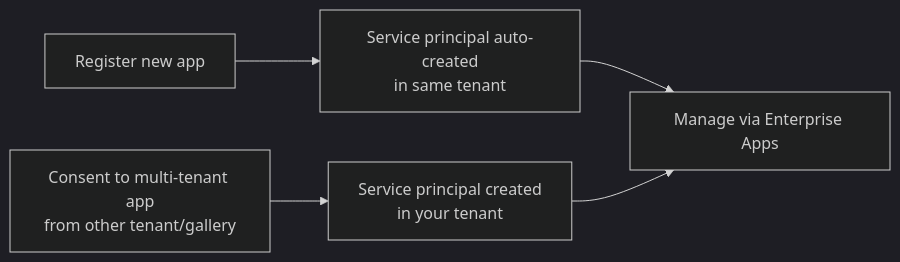
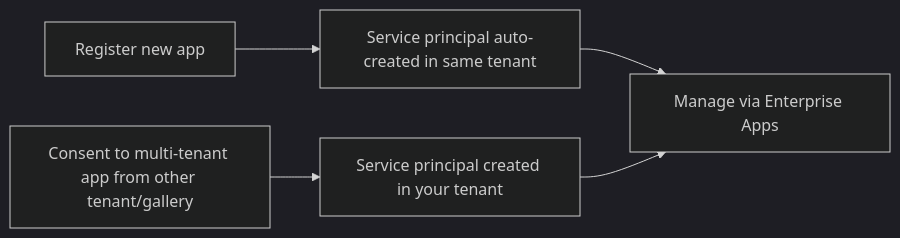
Before and after one commit to shashankdkte/under: diagram 11 of 15 in identity.md, drawn with Mermaid (dark theme). The commit also changed other lines of this file, not shown here.

````diff
--- a/identity.md
+++ b/identity.md
@@ -192,7 +192,7 @@
 ```mermaid
 flowchart LR
-  R1[Register new app] --> SP1[Service principal auto-created<br/>in same tenant]
-  R2[Consent to multi-tenant app<br/>from other tenant/gallery] --> SP2[Service principal created<br/>in your tenant]
+  R1[Register new app] --> SP1[Service principal auto-created in same tenant]
+  R2[Consent to multi-tenant app from other tenant/gallery] --> SP2[Service principal created in your tenant]
   SP1 --> EA1[Manage via Enterprise Apps]
   SP2 --> EA1
 ```
````
